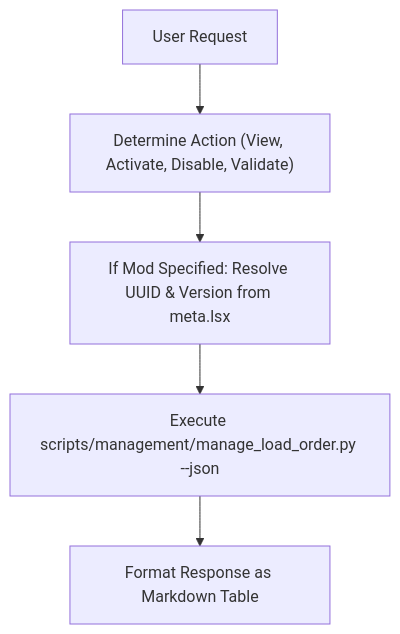
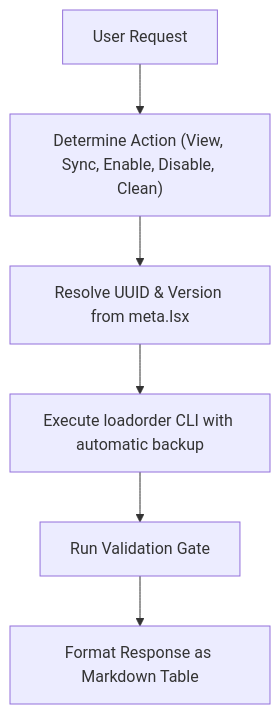
One commit to jpelton-stroud/bg3-mod-studio changed the diagram in .agents/skills/bg3-manage-load-order/SKILL.md. Above: the diagram before and after it, drawn with Mermaid. The commit also changed other lines of this file and 33 other files, not shown here.

````diff
--- a/.agents/skills/bg3-manage-load-order/SKILL.md
+++ b/.agents/skills/bg3-manage-load-order/SKILL.md
@@ -26,7 +17,8 @@
 ```mermaid
 flowchart TD
-    Trigger["User Request"] --> Parse["Determine Action (View, Activate, Disable, Validate)"]
-    Parse --> ResolveMod["If Mod Specified: Resolve UUID & Version from meta.lsx"]
-    ResolveMod --> Execute["Execute scripts/management/manage_load_order.py --json"]
-    Execute --> Format["Format Response as Markdown Table"]
+    Trigger["User Request"] --> Parse["Determine Action (View, Sync, Enable, Disable, Clean)"]
+    Parse --> ResolveMod["Resolve UUID & Version from meta.lsx"]
+    ResolveMod --> Execute["Execute loadorder CLI with automatic backup"]
+    Execute --> Verify["Run Validation Gate"]
+    Verify --> Format["Format Response as Markdown Table"]
 ```
````
